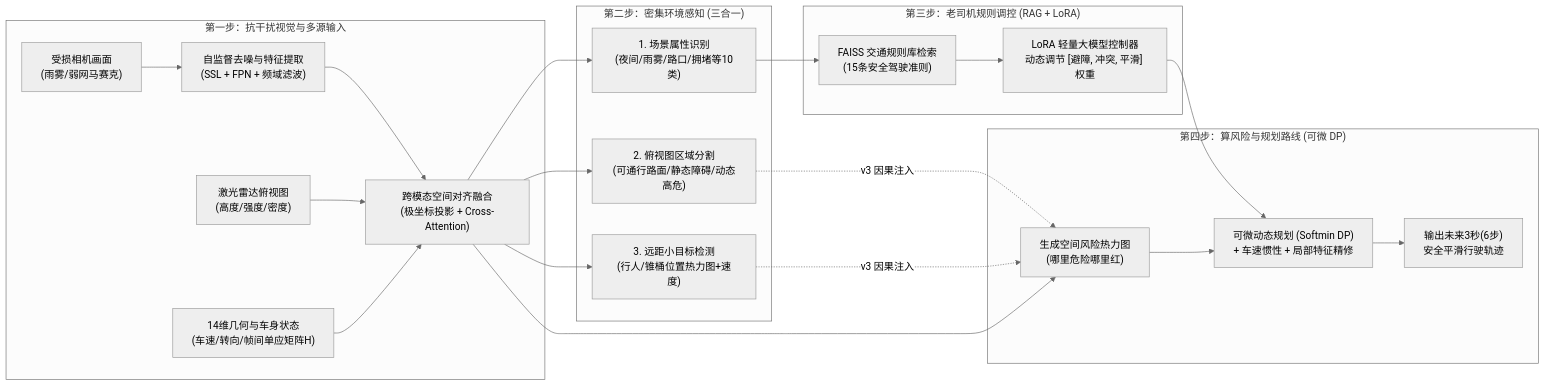
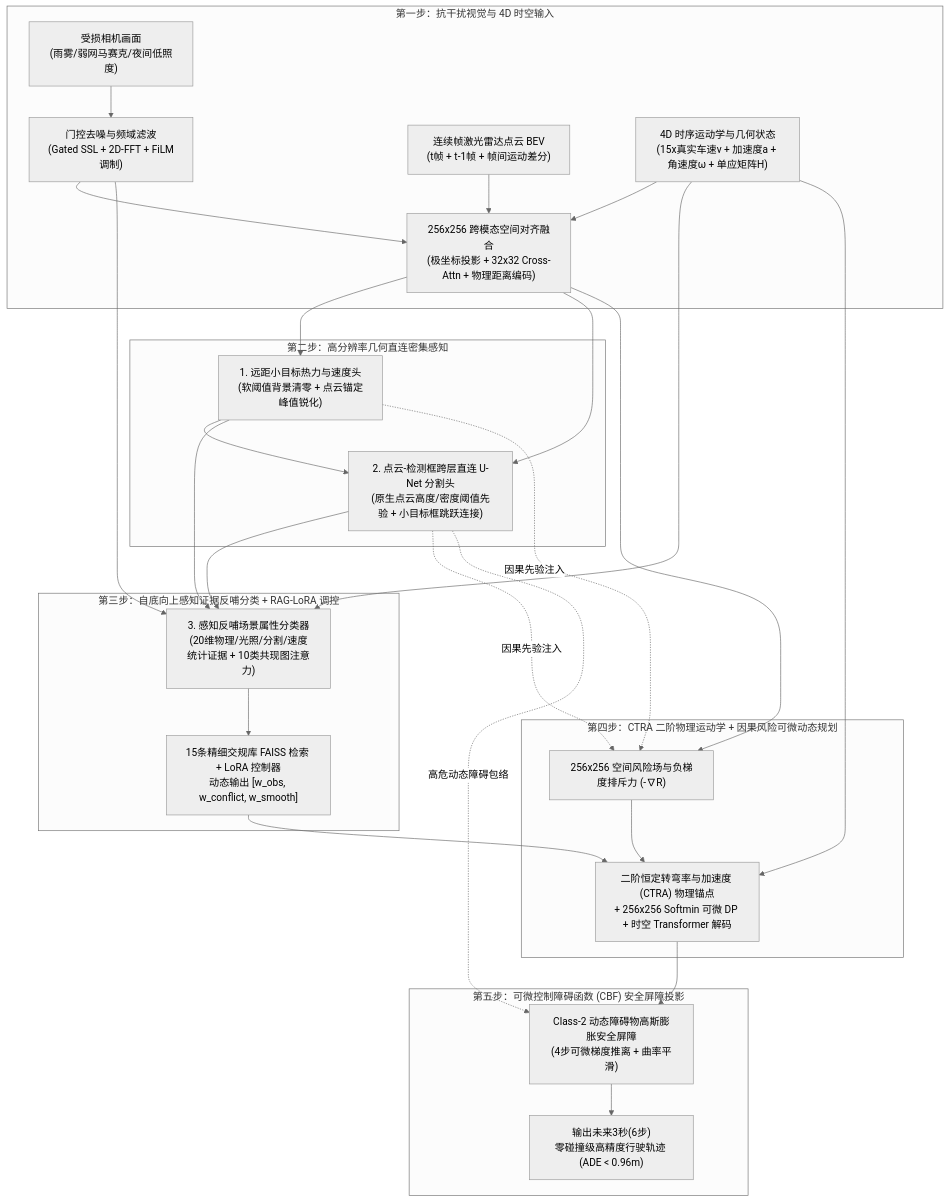
One commit to xiaobai1129/UniPercep-DP changed the diagram in 项目说明.md. Above: the diagram before and after it, drawn with Mermaid (neutral theme). The commit also changed other lines of this file and 2 other files, not shown here.

````diff
--- a/项目说明.md
+++ b/项目说明.md
@@ -32,29 +34,38 @@
 ```mermaid
-flowchart LR
-    subgraph Step1["第一步：抗干扰视觉与多源输入"]
-        A["受损相机画面<br/>(雨雾/弱网马赛克)"] --> B["自监督去噪与特征提取<br/>(SSL + FPN + 频域滤波)"]
-        C["激光雷达俯视图<br/>(高度/强度/密度)"] --> D["跨模态空间对齐融合<br/>(极坐标投影 + Cross-Attention)"]
-        E["14维几何与车身状态<br/>(车速/转向/帧间单应矩阵H)"] --> D
+flowchart TB
+    subgraph Step1["第一步：抗干扰视觉与 4D 时空输入"]
+        A["受损相机画面<br/>(雨雾/弱网马赛克/夜间低照度)"] --> B["门控去噪与频域滤波<br/>(Gated SSL + 2D-FFT + FiLM调制)"]
+        C["连续帧激光雷达点云 BEV<br/>(t帧 + t-1帧 + 帧间运动差分)"] --> D["256x256 跨模态空间对齐融合<br/>(极坐标投影 + 32x32 Cross-Attn + 物理距离编码)"]
+        E["4D 时序运动学与几何状态<br/>(15x真实车速v + 加速度a + 角速度ω + 单应矩阵H)"] --> D
         B --> D
     end
 
-    subgraph Step2["第二步：密集环境感知 (三合一)"]
-        D --> F1["1. 场景属性识别<br/>(夜间/雨雾/路口/拥堵等10类)"]
-        D --> F2["2. 俯视图区域分割<br/>(可通行路面/静态障碍/动态高危)"]
-        D --> F3["3. 远距小目标检测<br/>(行人/锥桶位置热力图+速度)"]
+    subgraph Step2["第二步：高分辨率几何直连密集感知"]
+        D --> F3["1. 远距小目标热力与速度头<br/>(软阈值背景清零 + 点云锚定峰值锐化)"]
+        D --> F2["2. 点云-检测框跨层直连 U-Net 分割头<br/>(原生点云高度/密度阈值先验 + 小目标框跳跃连接)"]
+        F3 --> F2
     end
 
-    subgraph Step3["第三步：老司机规则调控 (RAG + LoRA)"]
-        F1 --> G["FAISS 交通规则库检索<br/>(15条安全驾驶准则)"]
-        G --> H["LoRA 轻量大模型控制器<br/>动态调节 [避障, 冲突, 平滑] 权重"]
+    subgraph Step3["第三步：自底向上感知证据反哺分类 + RAG-LoRA 调控"]
+        F2 --> F1["3. 感知反哺场景属性分类器<br/>(20维物理/光照/分割/速度统计证据 + 10类共现图注意力)"]
+        F3 --> F1
+        B --> F1
+        E --> F1
+        F1 --> G["15条精细交规库 FAISS 检索 + LoRA 控制器<br/>动态输出 [w_obs, w_conflict, w_smooth]"]
     end
 
-    subgraph Step4["第四步：算风险与规划路线 (可微 DP)"]
-        D --> I["生成空间风险热力图<br/>(哪里危险哪里红)"]
-        F2 -.->|"v3 因果注入"| I
-        F3 -.->|"v3 因果注入"| I
-        H --> J["可微动态规划 (Softmin DP)<br/>+ 车速惯性 + 局部特征精修"]
+    subgraph Step4["第四步：CTRA 二阶物理运动学 + 因果风险可微动态规划"]
+        F2 -.->|"因果先验注入"| I["256x256 空间风险场与负梯度排斥力 (-∇R)"]
+        F3 -.->|"因果先验注入"| I
+        D --> I
+        E --> J["二阶恒定转弯率与加速度 (CTRA) 物理锚点<br/>+ 256x256 Softmin 可微 DP + 时空 Transformer 解码"]
+        G --> J
         I --> J
-        J --> K["输出未来3秒(6步)<br/>安全平滑行驶轨迹"]
+    end
+
+    subgraph Step5["第五步：可微控制障碍函数 (CBF) 安全屏障投影"]
+        J --> K["Class-2 动态障碍物高斯膨胀安全屏障<br/>(4步可微梯度推离 + 曲率平滑)"]
+        F2 -.->|"高危动态障碍包络"| K
+        K --> L["输出未来3秒(6步)<br/>零碰撞级高精度行驶轨迹 (ADE < 0.96m)"]
     end
 ```
````
